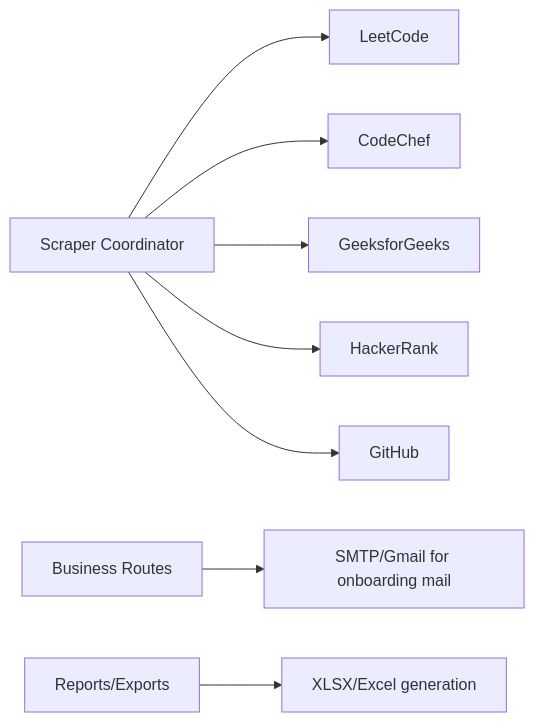
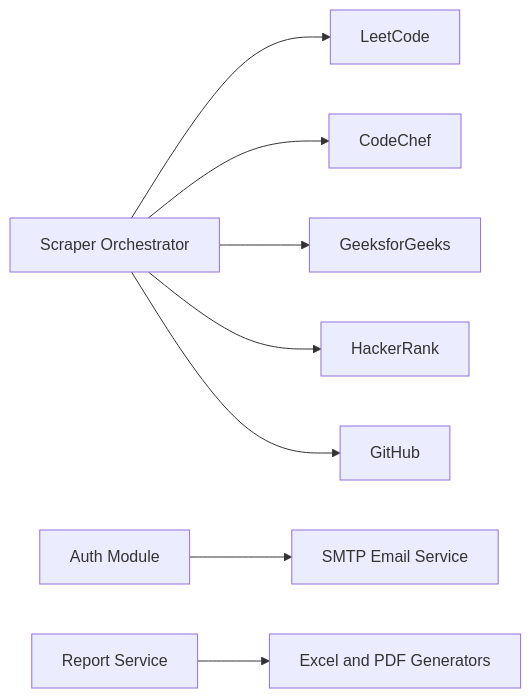
One commit to ramalokeshreddyp/code_to_win changed the second of 10 diagrams in architecture.md. Above: the diagram before and after it, drawn with Mermaid. The commit also changed other lines of this file and 35 other files, not shown here.

````diff
--- a/architecture.md
+++ b/architecture.md
@@ -59,11 +66,11 @@
 ```mermaid
 graph LR
-  SC[Scraper Coordinator] --> LC[LeetCode]
-  SC --> CC[CodeChef]
-  SC --> GFG[GeeksforGeeks]
-  SC --> HR[HackerRank]
-  SC --> GH[GitHub]
+  SC[Scraper Orchestrator] --> L1[LeetCode]
+  SC --> L2[CodeChef]
+  SC --> L3[GeeksforGeeks]
+  SC --> L4[HackerRank]
+  SC --> L5[GitHub]
 
-  BR[Business Routes] --> SMTP[SMTP/Gmail for onboarding mail]
-  RP[Reports/Exports] --> XLS[XLSX/Excel generation]
+  AU[Auth Module] --> SMTP[SMTP Email Service]
+  RP[Report Service] --> XLS[Excel and PDF Generators]
 ```
````
